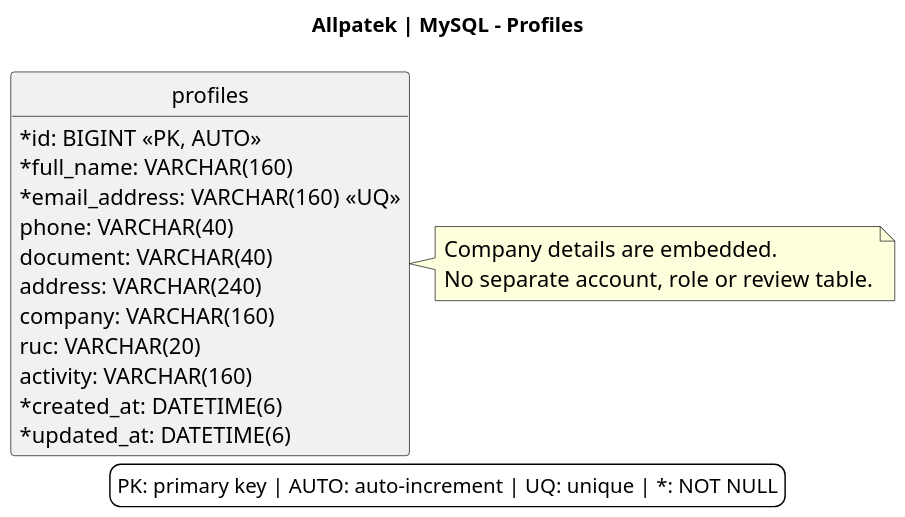
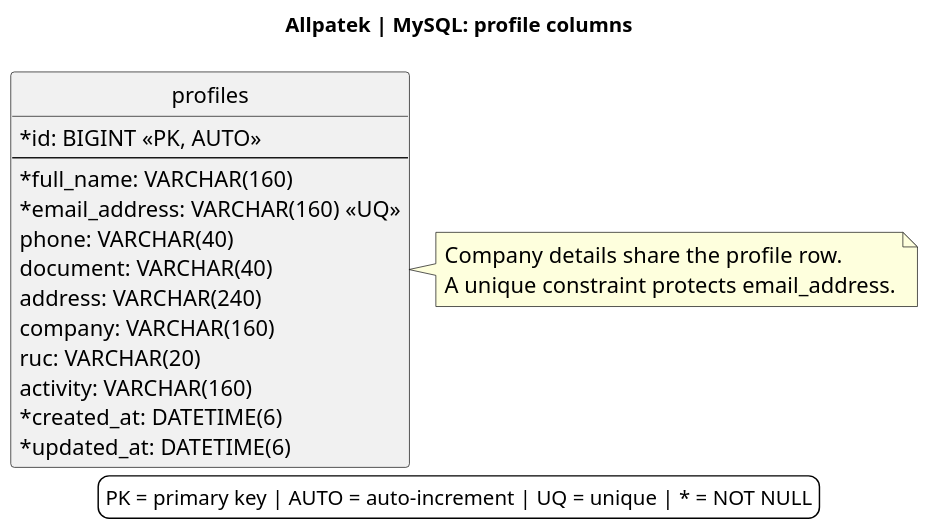
The diagram in assets/chapter-04/architecture/13-database-users.puml (upc-pre-202620-1asi0729-7753-Terranova/allpatek-report), drawn with PlantUML before and after one commit. The commit also changed 3 other files, not shown here.

Commit message:
docs(database): specify profiles columns and constraints

```diff
--- a/assets/chapter-04/architecture/13-database-users.puml
+++ b/assets/chapter-04/architecture/13-database-users.puml
@@ -1,33 +1,34 @@
 @startuml
 !pragma layout smetana
 skinparam backgroundColor white
 skinparam defaultFontName SansSerif
 skinparam defaultFontSize 15
 skinparam shadowing false
 skinparam classAttributeIconSize 0
 skinparam ArrowColor #476050
 skinparam dpi 140
 hide methods
 hide circle
-title Allpatek | MySQL - Profiles
+title Allpatek | MySQL: profile columns
 entity "profiles" as profile {
   {field} * id: BIGINT <<PK, AUTO>>
+  --
   {field} * full_name: VARCHAR(160)
   {field} * email_address: VARCHAR(160) <<UQ>>
   {field} phone: VARCHAR(40)
   {field} document: VARCHAR(40)
   {field} address: VARCHAR(240)
   {field} company: VARCHAR(160)
   {field} ruc: VARCHAR(20)
   {field} activity: VARCHAR(160)
   {field} * created_at: DATETIME(6)
   {field} * updated_at: DATETIME(6)
 }
 note right of profile
-  Company details are embedded.
-  No separate account, role or review table.
+  Company details share the profile row.
+  A unique constraint protects email_address.
 end note
 legend bottom
-PK: primary key | AUTO: auto-increment | UQ: unique | *: NOT NULL
+PK = primary key | AUTO = auto-increment | UQ = unique | * = NOT NULL
 endlegend
 @enduml
```
